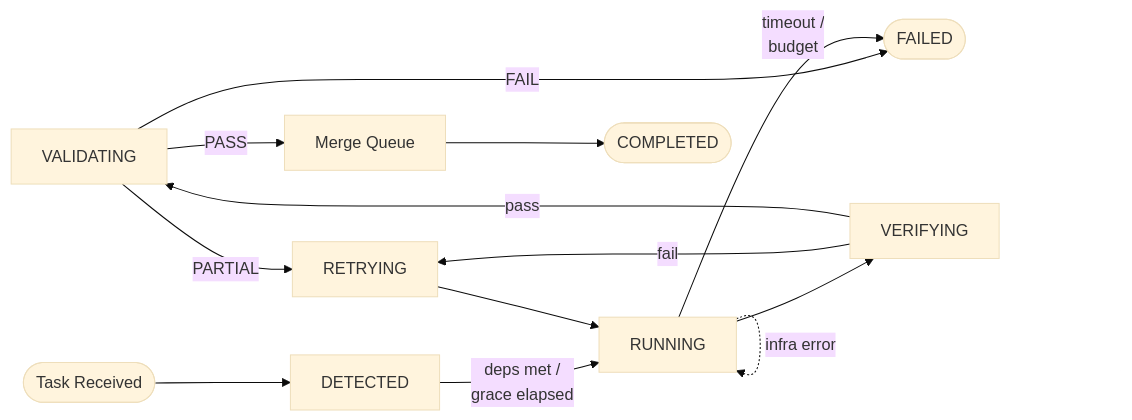
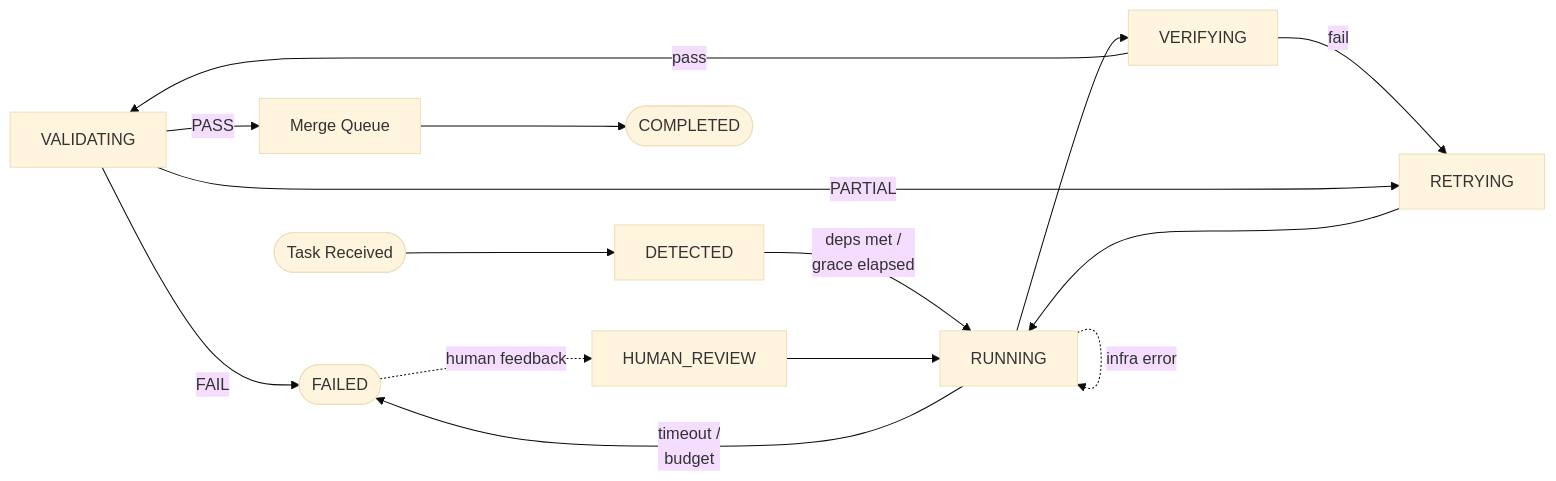
Before and after one commit to itsmeboris/Golem: the second of 5 diagrams in README.md, drawn with Mermaid (base theme). The commit also changed other lines of this file, not shown here.

````diff
--- a/README.md
+++ b/README.md
@@ -186,15 +188,17 @@
 ```mermaid
 flowchart LR
     D -- FAIL --> F(["FAILED"])
     A(["Task Received"]) --> B["DETECTED"]
     B -- "deps met /<br/>grace elapsed" --> C["RUNNING"]
     C --> VFY["VERIFYING"]
     VFY -- "fail" --> R["RETRYING"]
     VFY -- "pass" --> D["VALIDATING"]
     D -- PASS --> MQ["Merge Queue"]
     MQ --> E(["COMPLETED"])
     D -- PARTIAL --> R
     R --> C
     C -- "timeout /<br/>budget" --> F
     C -. "infra error" .-> C
+    F -. "human feedback" .-> HR["HUMAN_REVIEW"]
+    HR --> C
 ```
````
